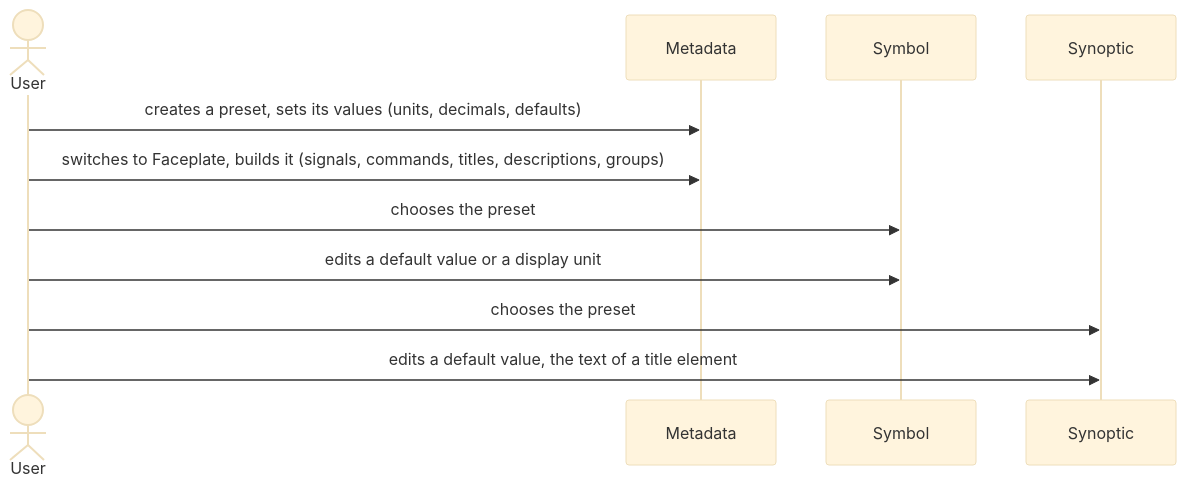
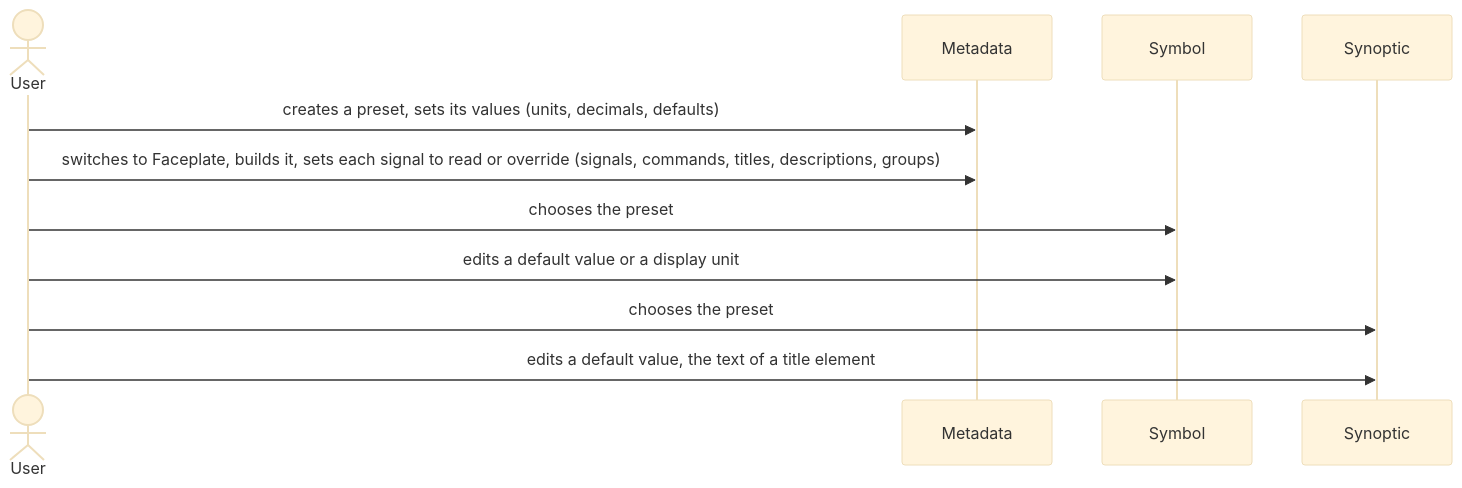
Before and after one commit to AlexandreGallais/synoptic-studio-spec: the sixth of 6 diagrams in metadata/09-presets.md, drawn with Mermaid (base theme). The commit also changed other lines of this file and 8 other files, not shown here.

First line of the commit message:
docs(presets): add read or override and the meaning of the default value

````diff
--- a/metadata/09-presets.md
+++ b/metadata/09-presets.md
@@ -145,13 +168,13 @@
 ```mermaid
 sequenceDiagram
     actor U as User
     participant MD as Metadata
     participant SY as Symbol
     participant SN as Synoptic
     U->>MD: creates a preset, sets its values (units, decimals, defaults)
-    U->>MD: switches to Faceplate, builds it (signals, commands, titles, descriptions, groups)
+    U->>MD: switches to Faceplate, builds it, sets each signal to read or override (signals, commands, titles, descriptions, groups)
     U->>SY: chooses the preset
     U->>SY: edits a default value or a display unit
     U->>SN: chooses the preset
     U->>SN: edits a default value, the text of a title element
 ```
````
